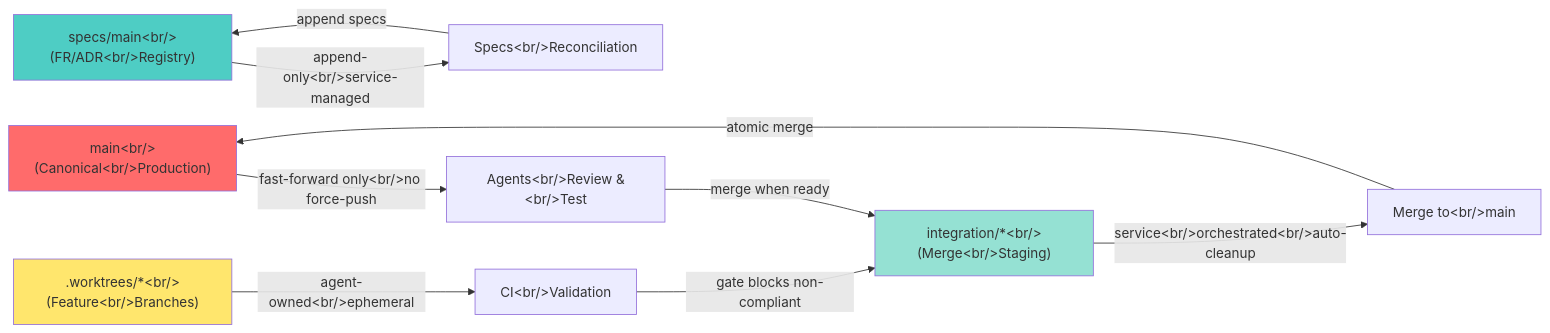
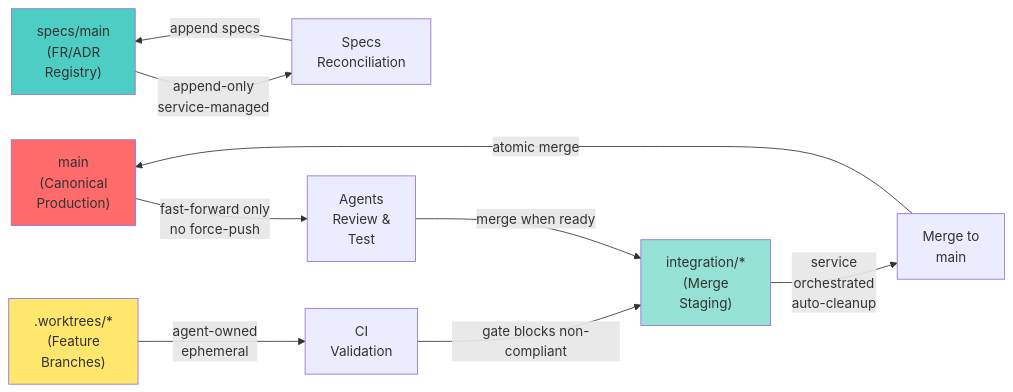
The first of 3 diagrams in docs/reference/SSOT_VISUAL_GUIDE.md (KooshaPari/HexaKit), drawn with Mermaid before and after one commit. The commit also changed other lines of this file and 203 other files, not shown here.

````diff
--- a/docs/reference/SSOT_VISUAL_GUIDE.md
+++ b/docs/reference/SSOT_VISUAL_GUIDE.md
@@ -11,17 +11,17 @@
 ```mermaid
 graph LR
-    A["main&lt;br/&gt;(Canonical&lt;br/&gt;Production)"] -->|fast-forward only&lt;br/&gt;no force-push| B["Agents&lt;br/&gt;Review &&lt;br/&gt;Test"]
-    C["specs/main&lt;br/&gt;(FR/ADR&lt;br/&gt;Registry)"] -->|append-only&lt;br/&gt;service-managed| D["Specs&lt;br/&gt;Reconciliation"]
-    E[".worktrees/*&lt;br/&gt;(Feature&lt;br/&gt;Branches)"] -->|agent-owned&lt;br/&gt;ephemeral| F["CI&lt;br/&gt;Validation"]
-    G["integration/*&lt;br/&gt;(Merge&lt;br/&gt;Staging)"] -->|service&lt;br/&gt;orchestrated&lt;br/&gt;auto-cleanup| H["Merge to&lt;br/&gt;main"]
+    A["main<br/>(Canonical<br/>Production)"] -->|fast-forward only<br/>no force-push| B["Agents<br/>Review &<br/>Test"]
+    C["specs/main<br/>(FR/ADR<br/>Registry)"] -->|append-only<br/>service-managed| D["Specs<br/>Reconciliation"]
+    E[".worktrees/*<br/>(Feature<br/>Branches)"] -->|agent-owned<br/>ephemeral| F["CI<br/>Validation"]
+    G["integration/*<br/>(Merge<br/>Staging)"] -->|service<br/>orchestrated<br/>auto-cleanup| H["Merge to<br/>main"]
 
     B -->|merge when ready| G
     D -->|append specs| C
     F -->|gate blocks non-compliant| G
     H -->|atomic merge| A
 
     style A fill:#ff6b6b
     style C fill:#4ecdc4
     style E fill:#ffe66d
     style G fill:#95e1d3
 ```
````
